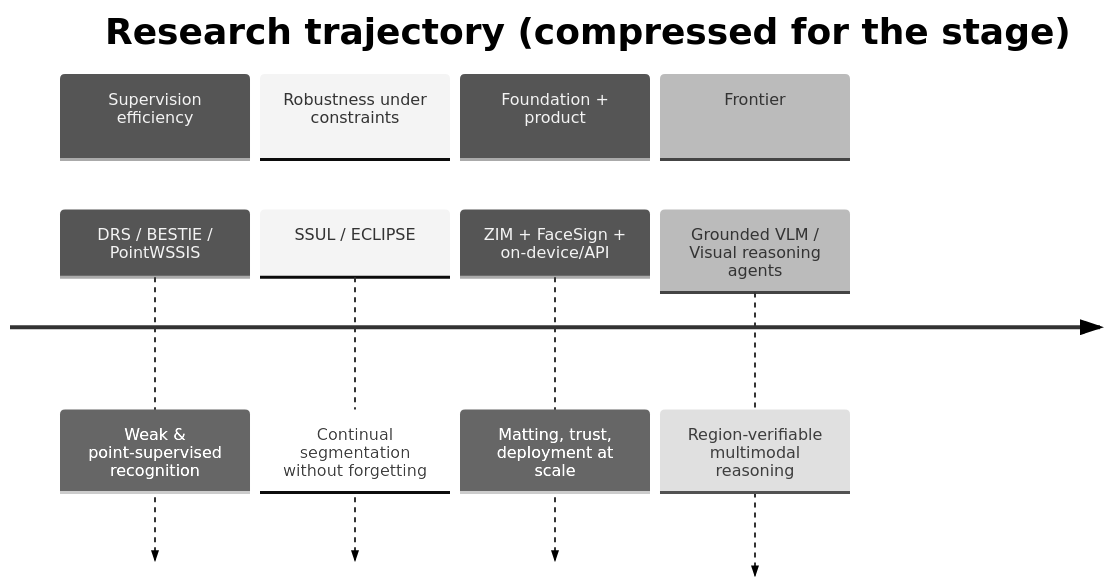
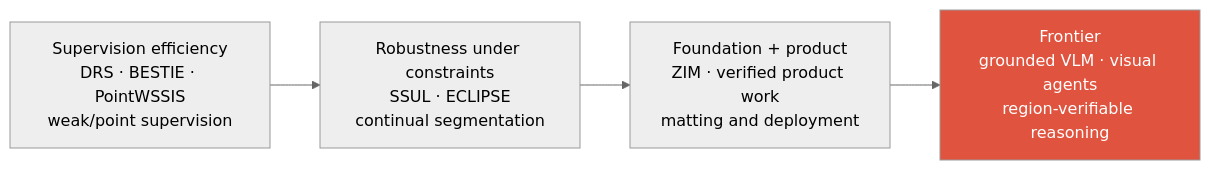
Before and after one commit to beomyoung-kim/ml_study: the second of 3 diagrams in content/research/job-talk.ko.md, drawn with Mermaid (neutral theme). The commit also changed other lines of this file and 209 other files, not shown here.

````diff
--- a/content/research/job-talk.ko.md
+++ b/content/research/job-talk.ko.md
@@ -90,12 +93,7 @@
 ```mermaid
-timeline
-  title Research trajectory (compressed for the stage)
-  section Supervision efficiency
-    DRS / BESTIE / PointWSSIS : Weak & point-supervised recognition
-  section Robustness under constraints
-    SSUL / ECLIPSE : Continual segmentation without forgetting
-  section Foundation + product
-    ZIM + FaceSign + on-device/API : Matting, trust, deployment at scale
-  section Frontier
-    Grounded VLM / Visual reasoning agents : Region-verifiable multimodal reasoning
+flowchart LR
+  JTTrajWeak["Supervision efficiency<br/>DRS · BESTIE · PointWSSIS<br/>weak/point supervision"] --> JTTrajContinual["Robustness under constraints<br/>SSUL · ECLIPSE<br/>continual segmentation"]
+  JTTrajContinual --> JTTrajFoundation["Foundation + product<br/>ZIM · verified product work<br/>matting and deployment"]
+  JTTrajFoundation --> JTTrajFrontier["Frontier<br/>grounded VLM · visual agents<br/>region-verifiable reasoning"]
+  style JTTrajFrontier fill:#e0533f,color:#fff
 ```
````
